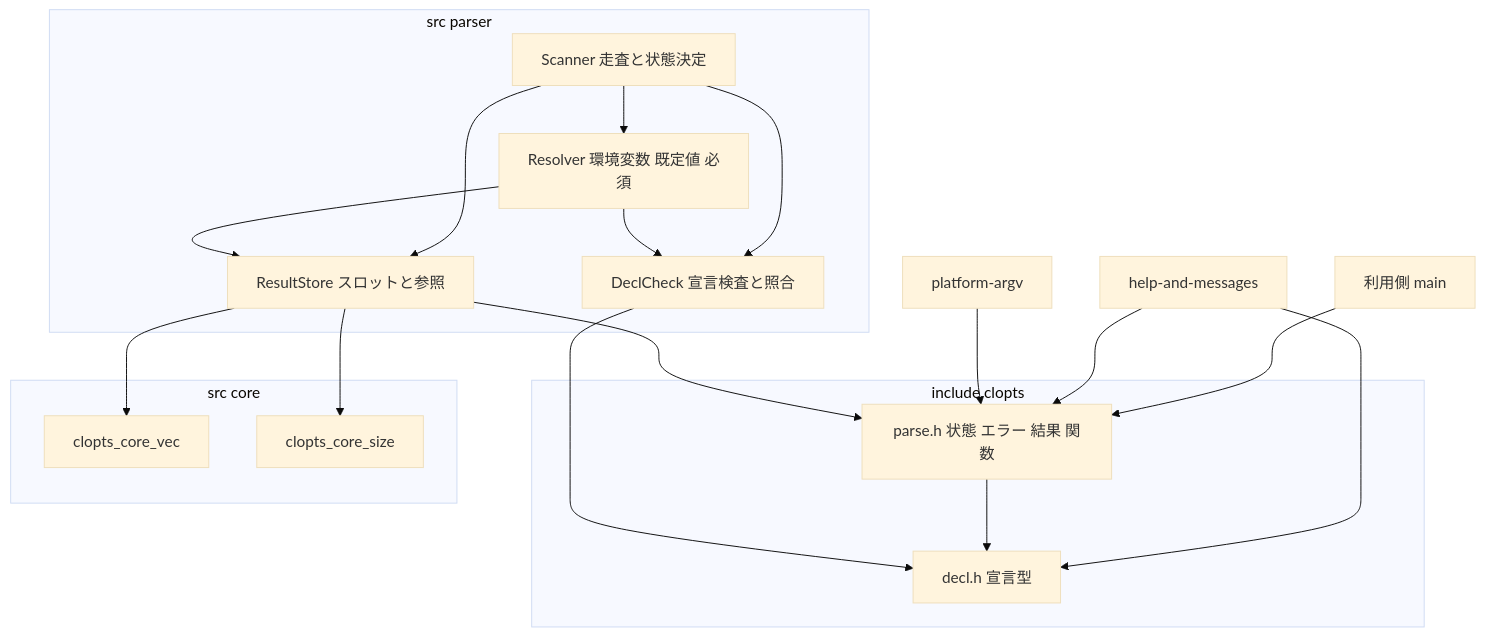
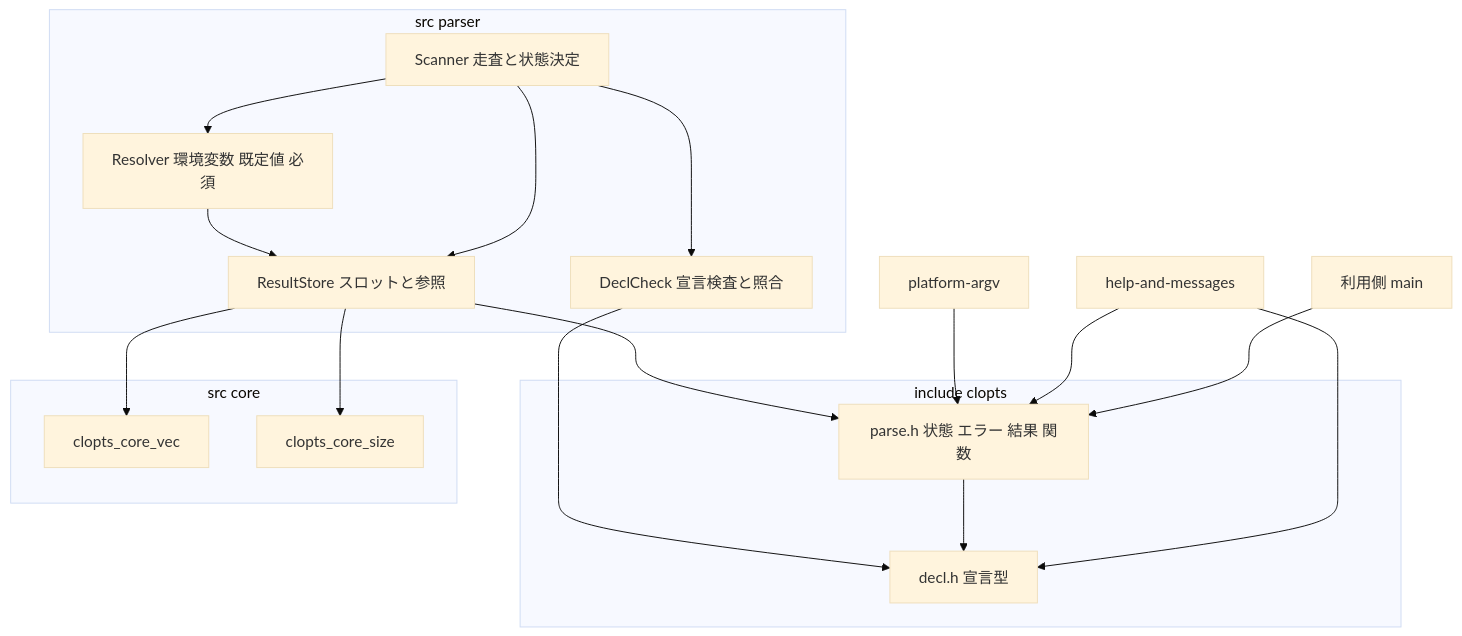
Before and after one commit to ktdevx/clopts-private: the first of 4 diagrams in .kiro/specs/core-parser/design.md, drawn with Mermaid (base theme). The commit also changed other lines of this file and 1 other file, not shown here.

````diff
--- a/.kiro/specs/core-parser/design.md
+++ b/.kiro/specs/core-parser/design.md
@@ -63,31 +64,30 @@
 ```mermaid
 graph TB
     subgraph PublicHeaders[include clopts]
         DeclH[decl.h 宣言型]
         ParseH[parse.h 状態 エラー 結果 関数]
     end
     subgraph ParserModule[src parser]
         DeclCheck[DeclCheck 宣言検査と照合]
         Store[ResultStore スロットと参照]
         Resolver[Resolver 環境変数 既定値 必須]
         Scanner[Scanner 走査と状態決定]
     end
     subgraph Core[src core]
         Vec[clopts_core_vec]
         Size[clopts_core_size]
     end
     Caller[利用側 main] --> ParseH
     HelpSpec[help-and-messages] --> DeclH
     HelpSpec --> ParseH
     PlatformSpec[platform-argv] --> ParseH
     ParseH --> DeclH
     Scanner --> DeclCheck
     Scanner --> Store
     Scanner --> Resolver
     Resolver --> Store
-    Resolver --> DeclCheck
     Store --> Vec
     Store --> Size
     DeclCheck --> DeclH
     Store --> ParseH
 ```
````
